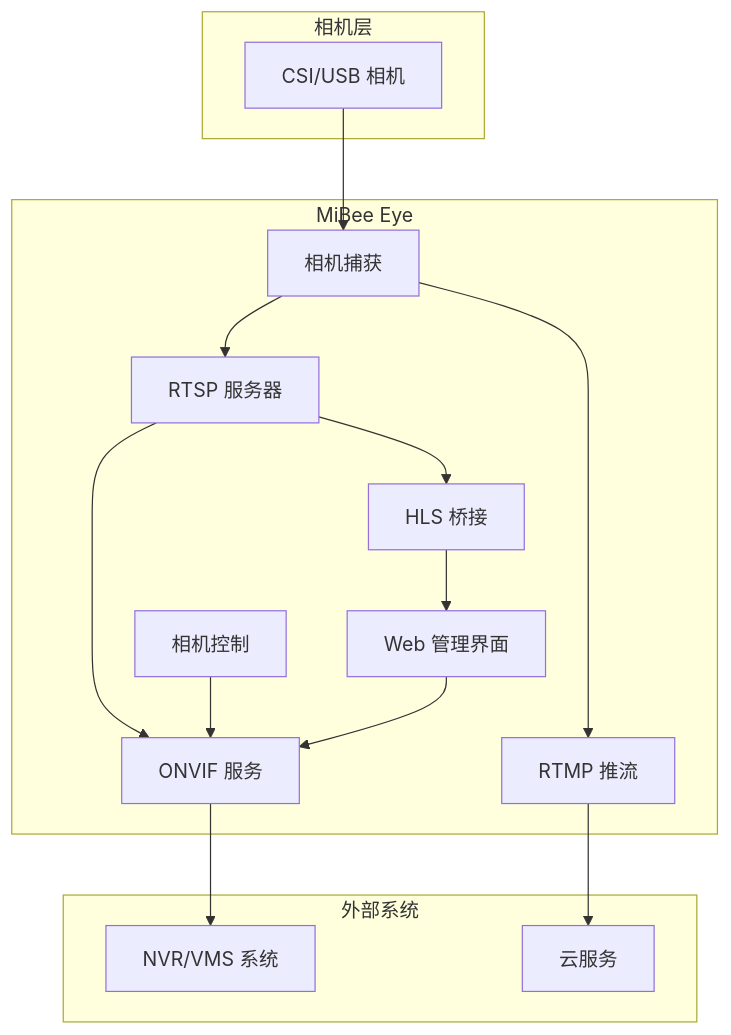
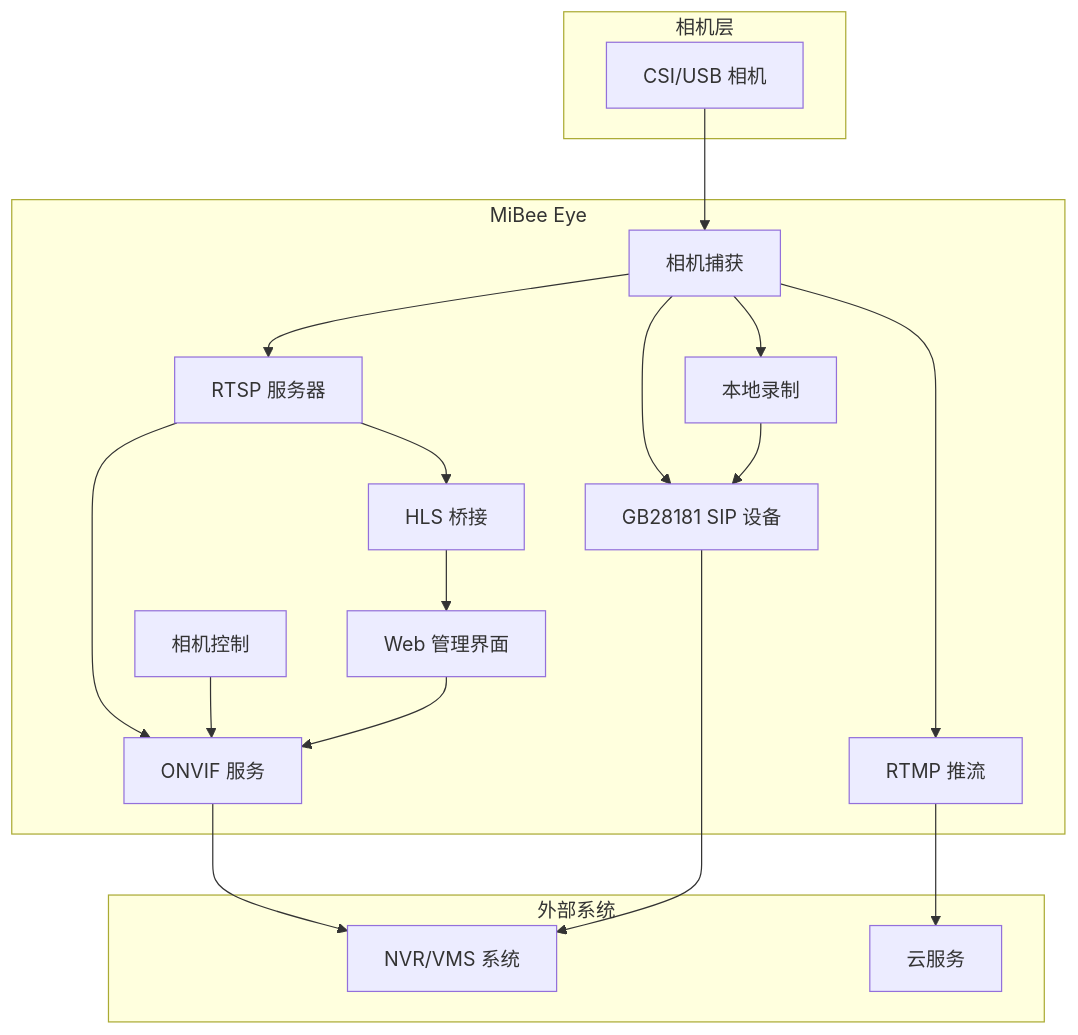
The diagram in README.md (Mi-Bee-Studio/mibee-eye-raspi), drawn with Mermaid before and after one commit. The commit also changed other lines of this file and 3 other files, not shown here.

````diff
--- a/README.md
+++ b/README.md
@@ -114,32 +120,38 @@
 ```mermaid
 flowchart TB
     subgraph 相机层
         CAM["CSI/USB 相机"]
     end
 
     subgraph MiBee Eye
         CAP["相机捕获"]
         RTSP["RTSP 服务器"]
         HLS["HLS 桥接"]
         ONVIF["ONVIF 服务"]
         RTMP["RTMP 推流"]
+        GB["GB28181 SIP 设备"]
+        REC["本地录制"]
         CTRL["相机控制"]
         WEBUI["Web 管理界面"]
     end
 
     subgraph 外部系统
         NVR["NVR/VMS 系统"]
         CLOUD["云服务"]
     end
 
     CAM --> CAP
     CAP --> RTSP
     CAP --> RTMP
+    CAP --> REC
+    CAP --> GB
+    REC --> GB
     RTSP --> ONVIF
     RTSP --> HLS
     HLS --> WEBUI
     CTRL --> ONVIF
     WEBUI --> ONVIF
     ONVIF --> NVR
     RTMP --> CLOUD
+    GB --> NVR
 ```
````
